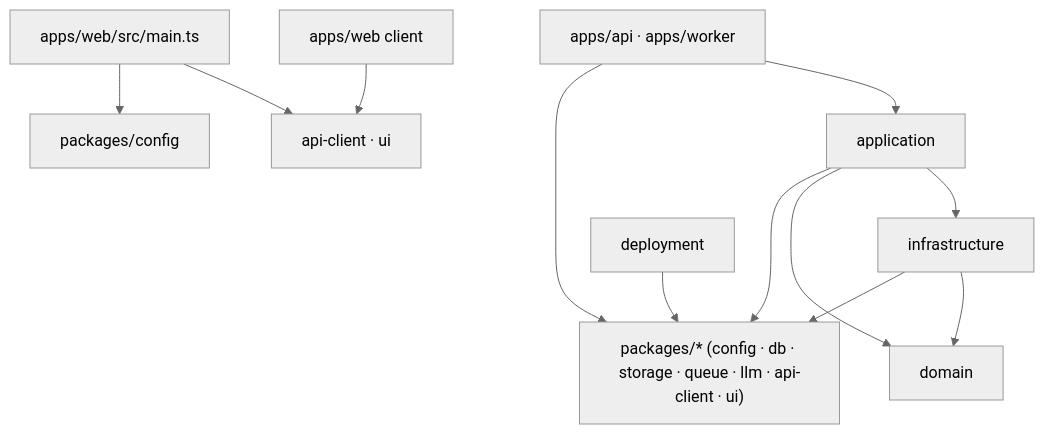
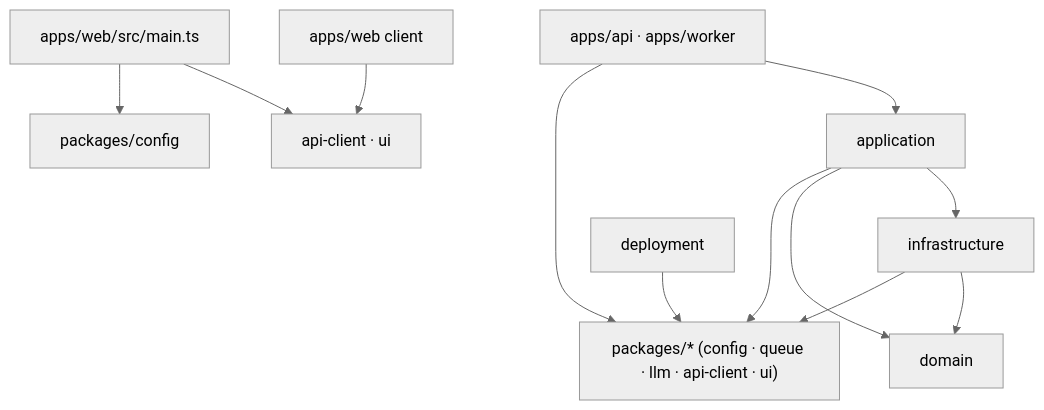
One commit to khotei/app-template changed the diagram in docs/knowledge/architecture.md. Above: the diagram before and after it, drawn with Mermaid (neutral theme). The commit also changed other lines of this file and 2894 other files, not shown here.

````diff
--- a/docs/knowledge/architecture.md
+++ b/docs/knowledge/architecture.md
@@ -9,14 +9,14 @@
 ```mermaid
 graph TD
   apps["apps/api · apps/worker"] --> application
   application --> infrastructure
   infrastructure --> domain
   application --> domain
-  apps --> packages["packages/* (config · db · storage · queue · llm · api-client · ui)"]
+  apps --> packages["packages/* (config · queue · llm · api-client · ui)"]
   application --> packages
   infrastructure --> packages
   web["apps/web client"] --> clientPkgs["api-client · ui"]
   webMain["apps/web/src/main.ts"] --> clientPkgs
   webMain --> config["packages/config"]
   deployment --> packages
 ```
````
